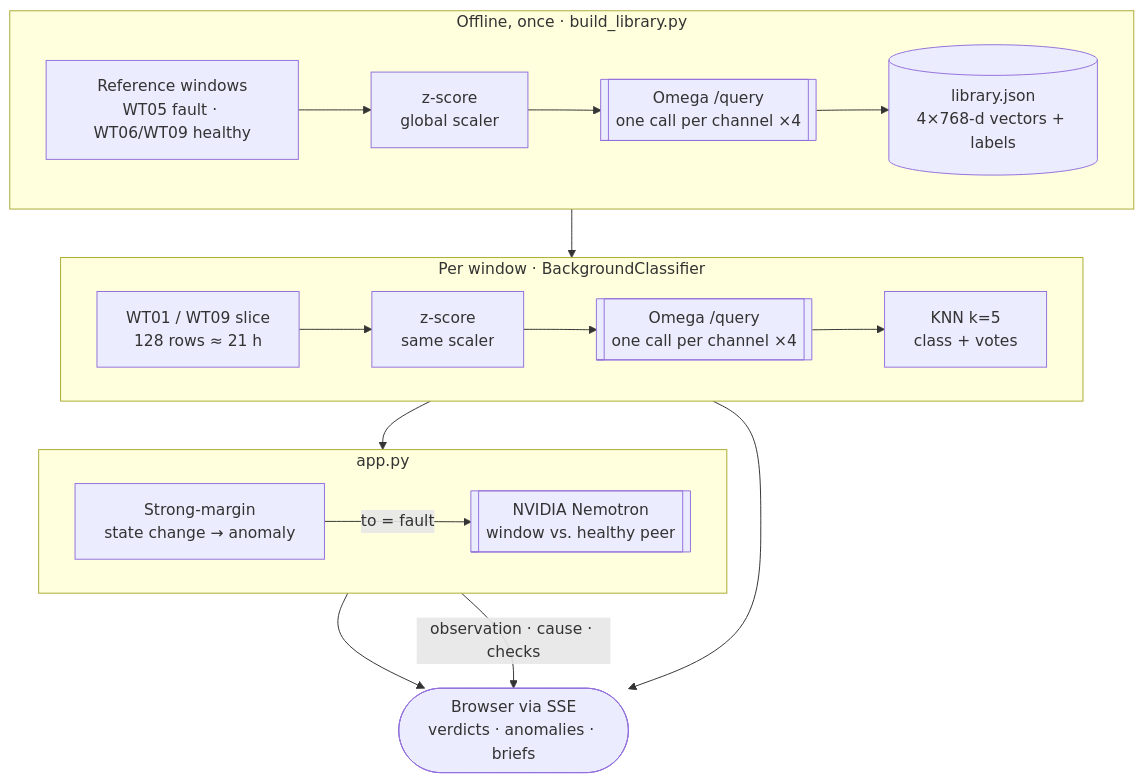
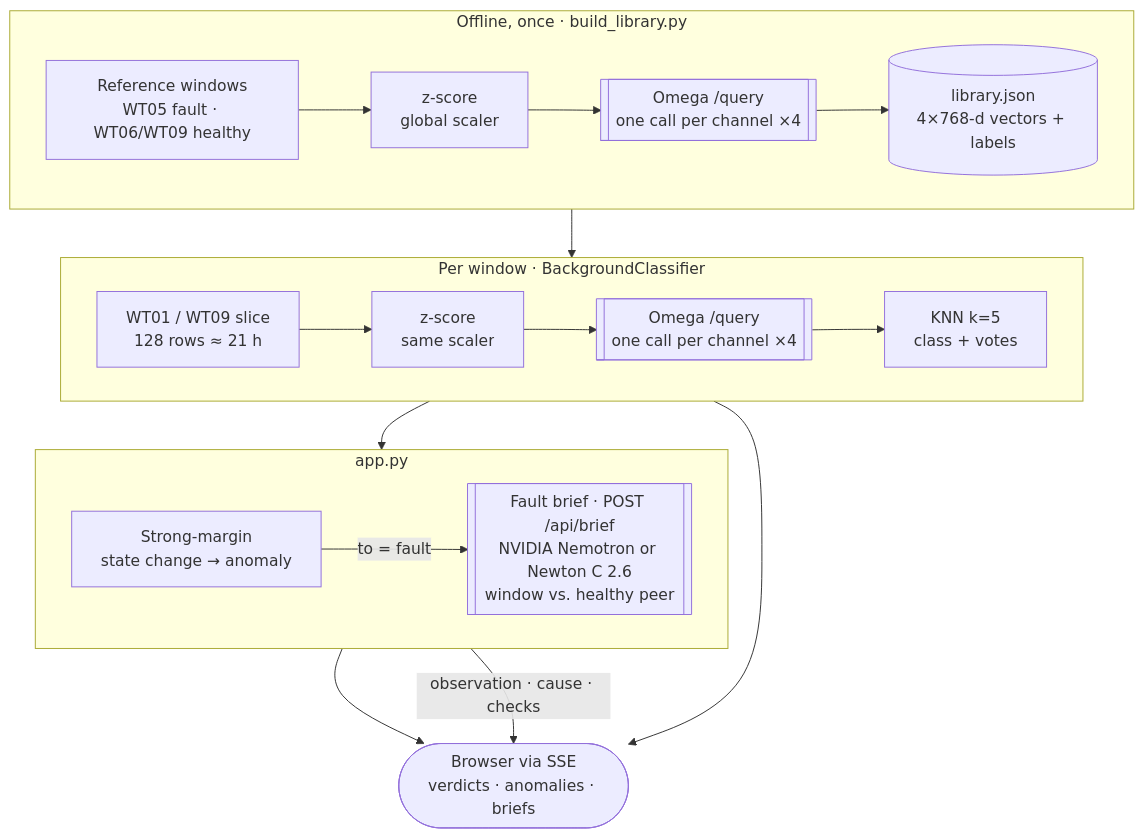
Before and after one commit to archetypeai/archetypeai-wind-turbine-demo-nemotron: the diagram in README.md, drawn with Mermaid. The commit also changed other lines of this file and 5 other files, not shown here.

First line of the commit message:
Add Nemotron / Newton C toggle for fault briefs

````diff
--- a/README.md
+++ b/README.md
@@ -139,28 +140,28 @@
 ```mermaid
 flowchart TB
     subgraph offline["Offline, once · build_library.py"]
         direction LR
         ref["Reference windows<br/>WT05 fault · WT06/WT09 healthy"] --> zs1["z-score<br/>global scaler"]
         zs1 --> emb1[["Omega /query<br/>one call per channel ×4"]]
         emb1 --> lib[("library.json<br/>4×768-d vectors + labels")]
     end
 
     subgraph live["Per window · BackgroundClassifier"]
         direction LR
         slice["WT01 / WT09 slice<br/>128 rows ≈ 21 h"] --> zs2["z-score<br/>same scaler"]
         zs2 --> emb2[["Omega /query<br/>one call per channel ×4"]]
         emb2 --> knn["KNN k=5<br/>class + votes"]
     end
 
     subgraph app["app.py"]
         direction LR
-        anom["Strong-margin<br/>state change → anomaly"] -->|"to = fault"| brief[["NVIDIA Nemotron<br/>window vs. healthy peer"]]
+        anom["Strong-margin<br/>state change → anomaly"] -->|"to = fault"| brief[["Fault brief · POST /api/brief<br/>NVIDIA Nemotron or Newton C 2.6<br/>window vs. healthy peer"]]
     end
 
     lib --> knn
     knn --> anom
     ui(["Browser via SSE<br/>verdicts · anomalies · briefs"])
     knn --> ui
     anom --> ui
     brief -->|"observation · cause · checks"| ui
 ```
````
